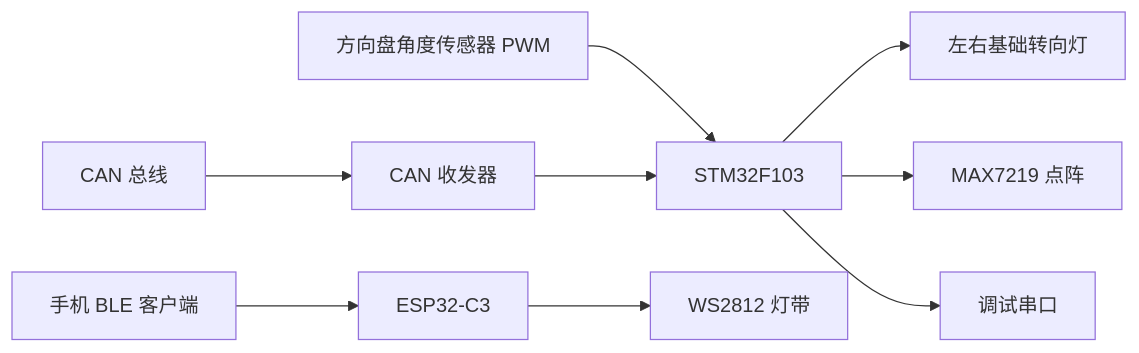
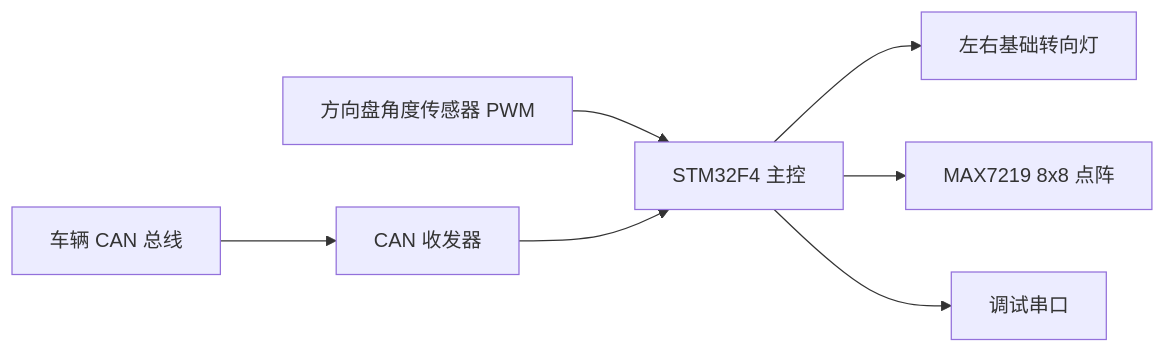
One commit to sisanwu12/Atmosphere-lamp changed the diagram in README.md. Above: the diagram before and after it, drawn with Mermaid. The commit also changed other lines of this file and 6 other files, not shown here.

````diff
--- a/README.md
+++ b/README.md
@@ -52,11 +20,9 @@
 ```mermaid
 flowchart LR
-    A[方向盘角度传感器 PWM] --> B[STM32F103]
-    C[CAN 总线] --> D[CAN 收发器]
+    A[方向盘角度传感器 PWM] --> B[STM32F4 主控]
+    C[车辆 CAN 总线] --> D[CAN 收发器]
     D --> B
     B --> E[左右基础转向灯]
-    B --> F[MAX7219 点阵]
+    B --> F[MAX7219 8x8 点阵]
     B --> G[调试串口]
-    H[手机 BLE 客户端] --> I[ESP32-C3]
-    I --> J[WS2812 灯带]
 ```
````
